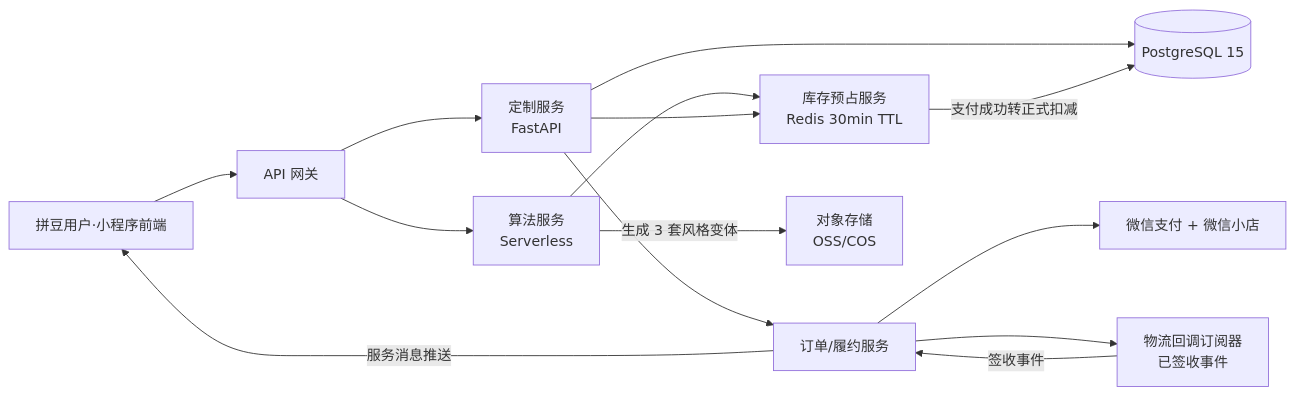
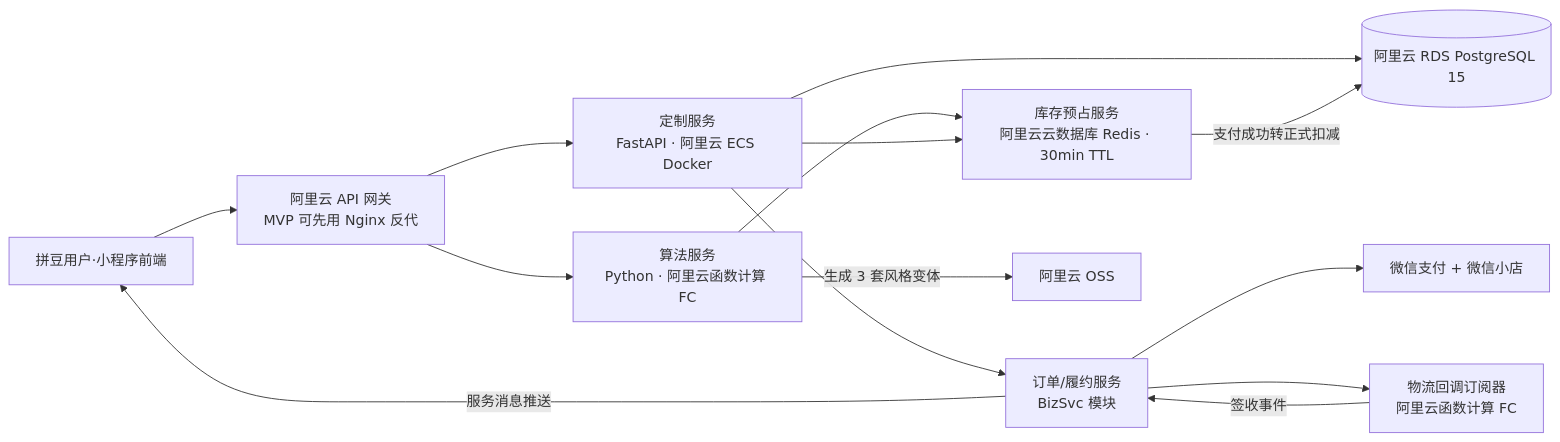
The diagram in docs/04-system-architecture.md (Fu0000/ai-pin-dou), drawn with Mermaid before and after one commit. The commit also changed other lines of this file and 3 other files, not shown here.

````diff
--- a/docs/04-system-architecture.md
+++ b/docs/04-system-architecture.md
@@ -66,27 +68,27 @@
 ```mermaid
 flowchart LR
     User[拼豆用户·小程序前端]
-    APIGW[API 网关]
-    BizSvc[定制服务<br/>FastAPI]
-    AlgoSvc[算法服务<br/>Serverless]
-    InvSvc[库存预占服务<br/>Redis 30min TTL]
-    OrderSvc[订单/履约服务]
-    OSS[对象存储<br/>OSS/COS]
-    PG[(PostgreSQL 15)]
+    APIGW[阿里云 API 网关<br/>MVP 可先用 Nginx 反代]
+    BizSvc[定制服务<br/>FastAPI · 阿里云 ECS Docker]
+    AlgoSvc[算法服务<br/>Python · 阿里云函数计算 FC]
+    InvSvc[库存预占服务<br/>阿里云云数据库 Redis · 30min TTL]
+    OrderSvc[订单/履约服务<br/>BizSvc 模块]
+    OSS[阿里云 OSS]
+    PG[(阿里云 RDS PostgreSQL 15)]
     PaySvc[微信支付 + 微信小店]
-    LogiSub[物流回调订阅器<br/>已签收事件]
+    LogiSub[物流回调订阅器<br/>阿里云函数计算 FC]
 
     User --> APIGW
     APIGW --> BizSvc
     APIGW --> AlgoSvc
     AlgoSvc -->|生成 3 套风格变体| OSS
     AlgoSvc --> InvSvc
     BizSvc --> InvSvc
     BizSvc --> PG
     BizSvc --> OrderSvc
     OrderSvc --> PaySvc
     OrderSvc --> LogiSub
     LogiSub -->|签收事件| OrderSvc
     OrderSvc -->|服务消息推送| User
     InvSvc -->|支付成功转正式扣减| PG
 ```
````
